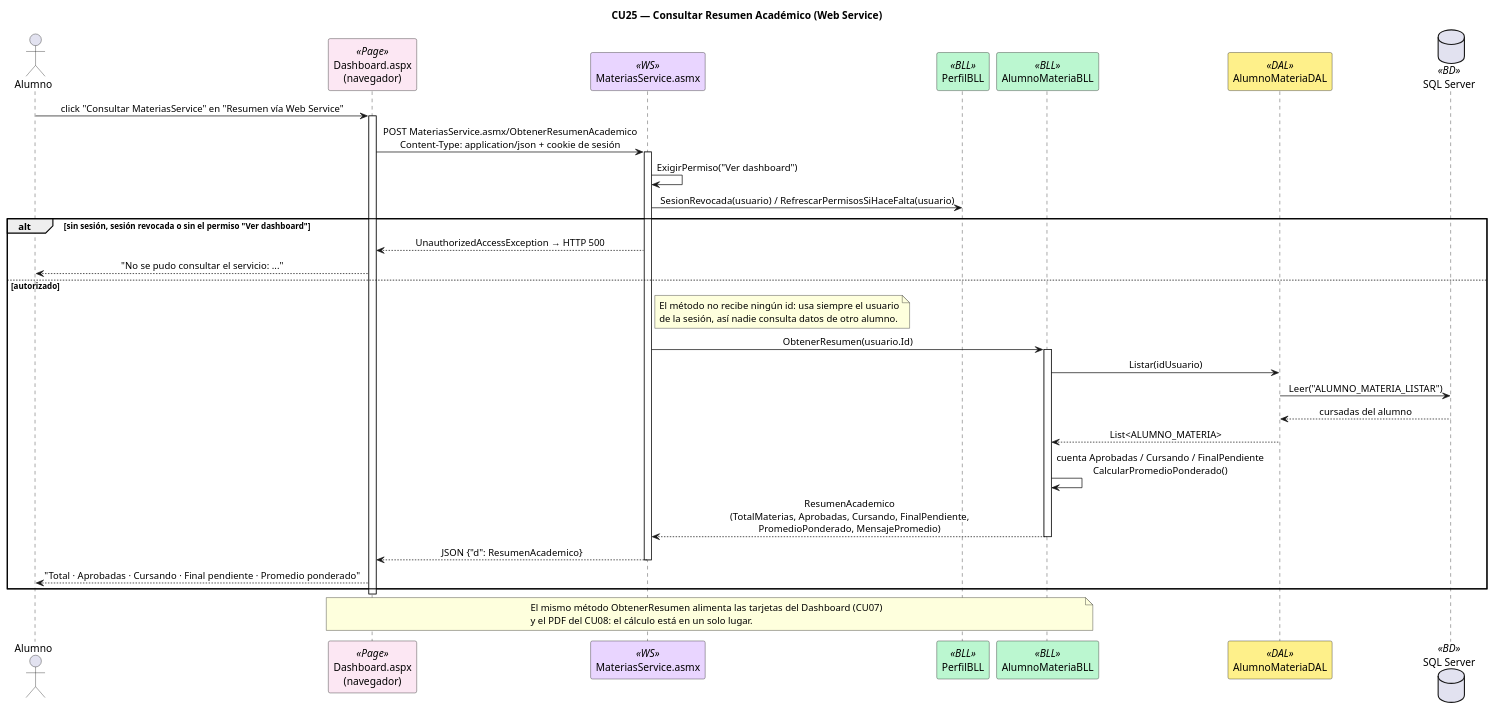
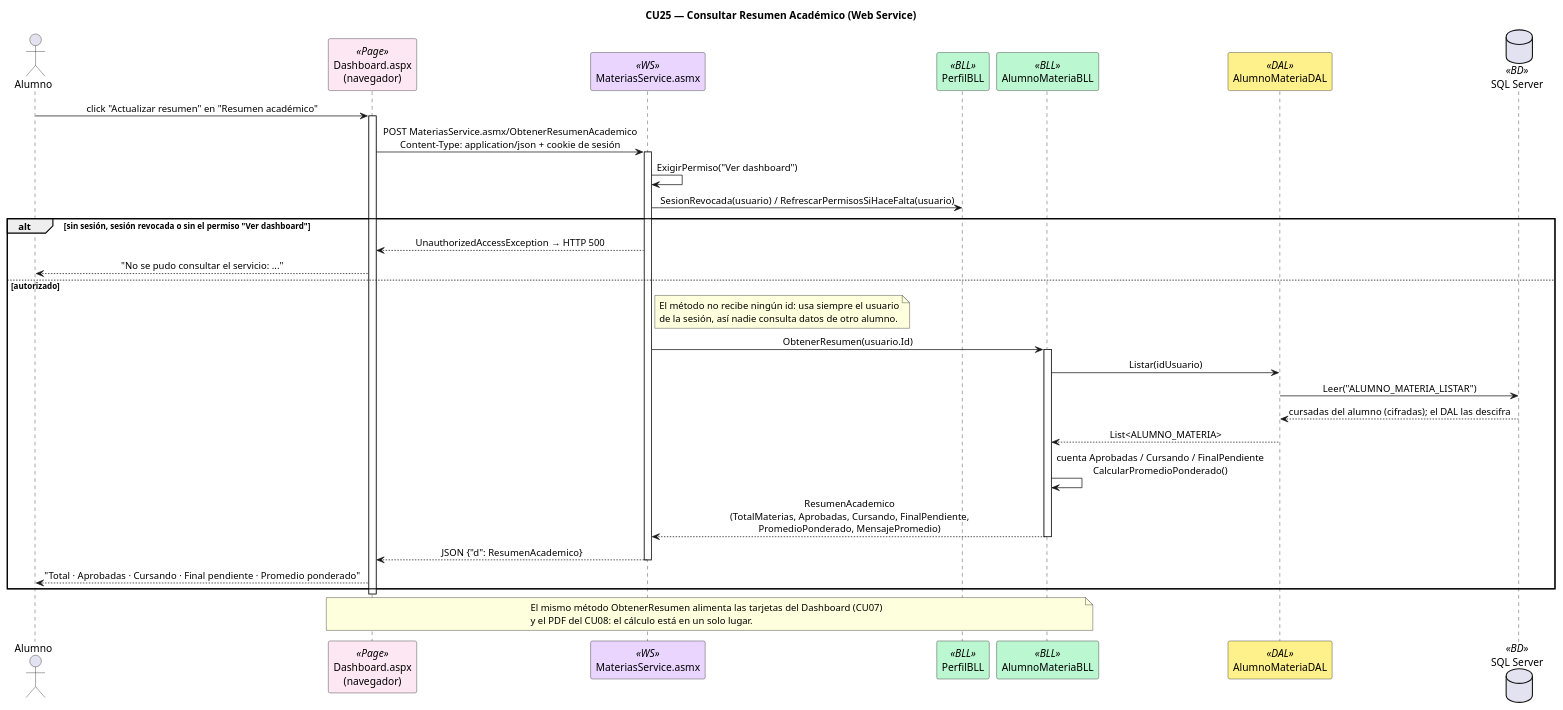
The diagram in DIAGRAMAS/Secuencia_CU25_ConsultarResumenWebService.puml (Urrels/tpDYAWeb), drawn with PlantUML before and after one commit. The commit also changed 16 other files, not shown here.

```diff
--- a/DIAGRAMAS/Secuencia_CU25_ConsultarResumenWebService.puml
+++ b/DIAGRAMAS/Secuencia_CU25_ConsultarResumenWebService.puml
@@ -1,56 +1,56 @@
 @startuml Secuencia_CU25_ConsultarResumenWebService
 title CU25 — Consultar Resumen Académico (Web Service)
 skinparam sequenceMessageAlign center
 skinparam shadowing false
 skinparam sequenceParticipant {
     BackgroundColor<<Page>> #FCE7F3
     BackgroundColor<<WS>> #E9D5FF
     BackgroundColor<<BLL>> #BBF7D0
     BackgroundColor<<DAL>> #FEF08A
     BackgroundColor<<BD>> #DBEAFE
 }
 
 actor Alumno as A
 participant "Dashboard.aspx\n(navegador)" as PAGE <<Page>>
 participant "MateriasService.asmx" as WS <<WS>>
 participant "PerfilBLL" as PBLL <<BLL>>
 participant "AlumnoMateriaBLL" as BLL <<BLL>>
 participant "AlumnoMateriaDAL" as DAL <<DAL>>
 database "SQL Server" as DB <<BD>>
 
-A -> PAGE : click "Consultar MateriasService" en "Resumen vía Web Service"
+A -> PAGE : click "Actualizar resumen" en "Resumen académico"
 activate PAGE
 PAGE -> WS : POST MateriasService.asmx/ObtenerResumenAcademico\nContent-Type: application/json + cookie de sesión
 activate WS
 WS -> WS : ExigirPermiso("Ver dashboard")
 WS -> PBLL : SesionRevocada(usuario) / RefrescarPermisosSiHaceFalta(usuario)
 
 alt sin sesión, sesión revocada o sin el permiso "Ver dashboard"
   WS --> PAGE : UnauthorizedAccessException → HTTP 500
   PAGE --> A : "No se pudo consultar el servicio: ..."
 else autorizado
   note right of WS
     El método no recibe ningún id: usa siempre el usuario
     de la sesión, así nadie consulta datos de otro alumno.
   end note
   WS -> BLL : ObtenerResumen(usuario.Id)
   activate BLL
   BLL -> DAL : Listar(idUsuario)
   DAL -> DB : Leer("ALUMNO_MATERIA_LISTAR")
-  DB --> DAL : cursadas del alumno
+  DB --> DAL : cursadas del alumno (cifradas); el DAL las descifra
   DAL --> BLL : List<ALUMNO_MATERIA>
   BLL -> BLL : cuenta Aprobadas / Cursando / FinalPendiente\nCalcularPromedioPonderado()
   BLL --> WS : ResumenAcademico\n(TotalMaterias, Aprobadas, Cursando, FinalPendiente,\nPromedioPonderado, MensajePromedio)
   deactivate BLL
   WS --> PAGE : JSON {"d": ResumenAcademico}
   deactivate WS
   PAGE --> A : "Total · Aprobadas · Cursando · Final pendiente · Promedio ponderado"
 end
 deactivate PAGE
 
 note over PAGE, BLL
   El mismo método ObtenerResumen alimenta las tarjetas del Dashboard (CU07)
   y el PDF del CU08: el cálculo está en un solo lugar.
 end note
 
 @enduml
```
